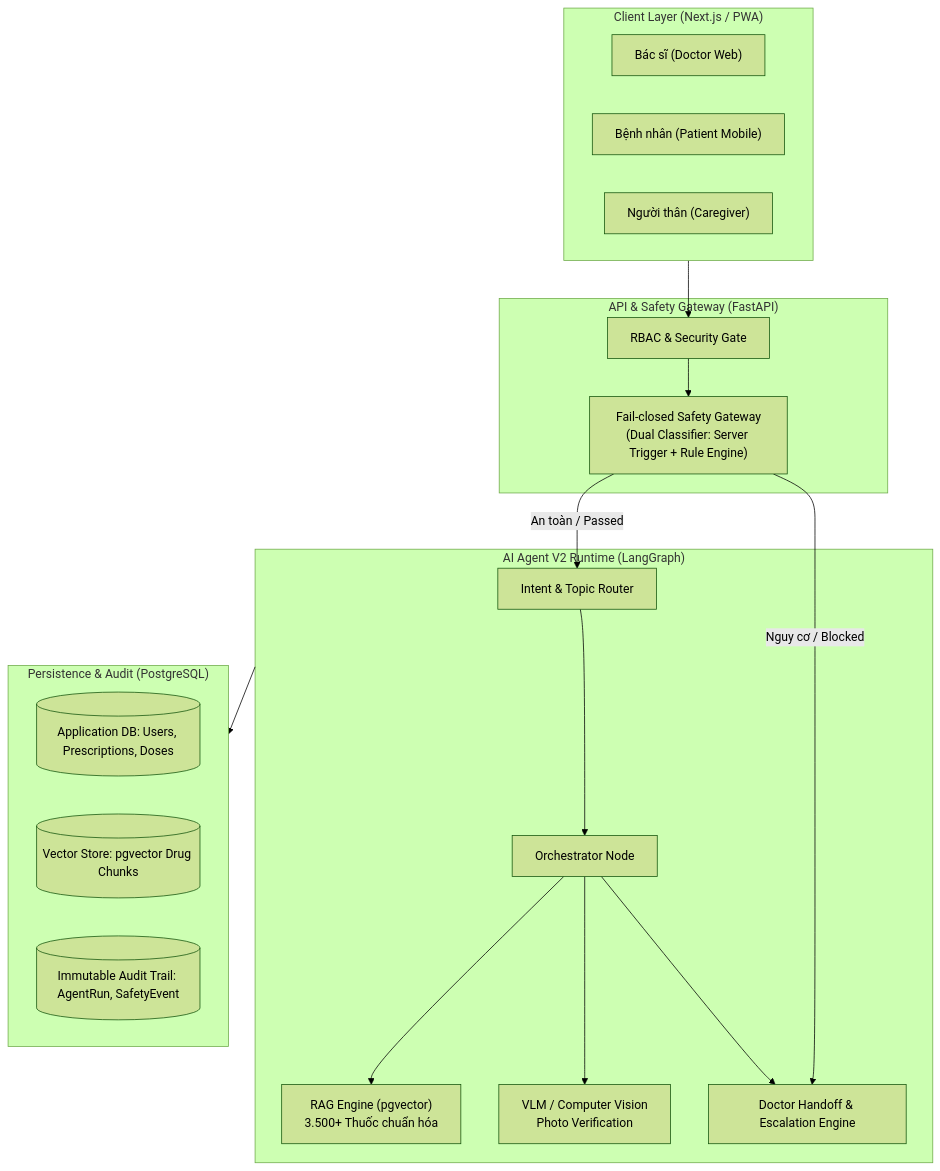
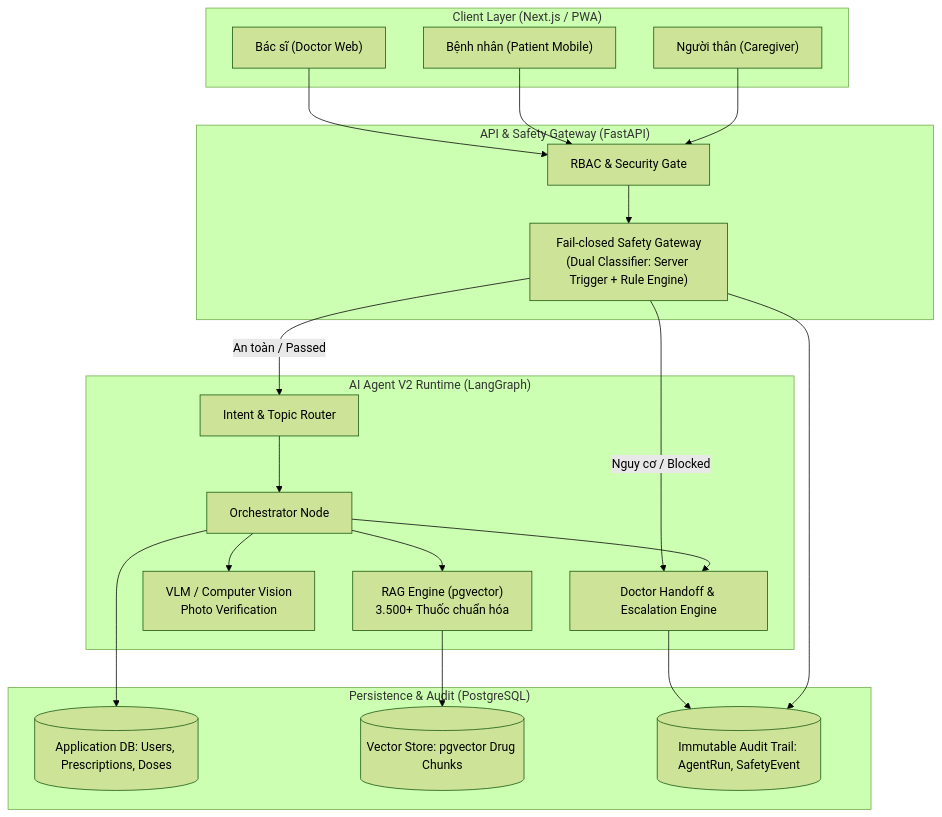
One commit to haiyen2602/Carelens changed the diagram in README.md. Above: the diagram before and after it, drawn with Mermaid (forest theme). The commit also changed other lines of this file, not shown here.

````diff
--- a/README.md
+++ b/README.md
@@ -44,37 +37,42 @@
 ```mermaid
 flowchart TD
     subgraph Client ["Client Layer (Next.js / PWA)"]
         UI_Doc["Bác sĩ (Doctor Web)"]
         UI_Pat["Bệnh nhân (Patient Mobile)"]
         UI_Care["Người thân (Caregiver)"]
     end
 
     subgraph Gateway ["API & Safety Gateway (FastAPI)"]
         AUTH["RBAC & Security Gate"]
-        SAFETY["Fail-closed Safety Gateway\n(Dual Classifier: Server Trigger + Rule Engine)"]
+        SAFETY["Fail-closed Safety Gateway<br/>(Dual Classifier: Server Trigger + Rule Engine)"]
     end
 
     subgraph AgentRuntime ["AI Agent V2 Runtime (LangGraph)"]
         ROUTER["Intent & Topic Router"]
         ORCH["Orchestrator Node"]
-        RAG_MOD["RAG Engine (pgvector)\n3.500+ Thuốc chuẩn hóa"]
-        VISION["VLM / Computer Vision\nPhoto Verification"]
+        RAG_MOD["RAG Engine (pgvector)<br/>3.500+ Thuốc chuẩn hóa"]
+        VISION["VLM / Computer Vision<br/>Photo Verification"]
         HANDOFF["Doctor Handoff & Escalation Engine"]
     end
 
     subgraph Database ["Persistence & Audit (PostgreSQL)"]
-        DB_APP[(Application DB: Users, Prescriptions, Doses)]
-        DB_VEC[(Vector Store: pgvector Drug Chunks)]
-        AUDIT[(Immutable Audit Trail: AgentRun, SafetyEvent)]
+        DB_APP[("Application DB: Users, Prescriptions, Doses")]
+        DB_VEC[("Vector Store: pgvector Drug Chunks")]
+        AUDIT[("Immutable Audit Trail: AgentRun, SafetyEvent")]
     end
 
-    Client --> AUTH
+    UI_Doc --> AUTH
+    UI_Pat --> AUTH
+    UI_Care --> AUTH
     AUTH --> SAFETY
     SAFETY -->|An toàn / Passed| ROUTER
     SAFETY -->|Nguy cơ / Blocked| HANDOFF
     ROUTER --> ORCH
     ORCH --> RAG_MOD
     ORCH --> VISION
     ORCH --> HANDOFF
-    AgentRuntime --> Database
+    ORCH --> DB_APP
+    RAG_MOD --> DB_VEC
+    HANDOFF --> AUDIT
+    SAFETY --> AUDIT
 ```
````
